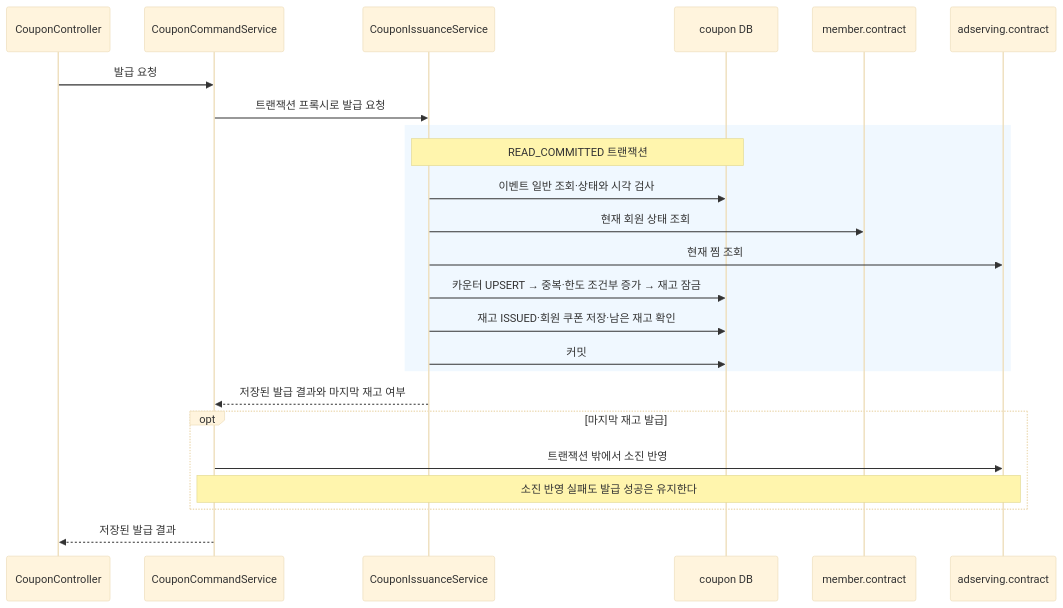
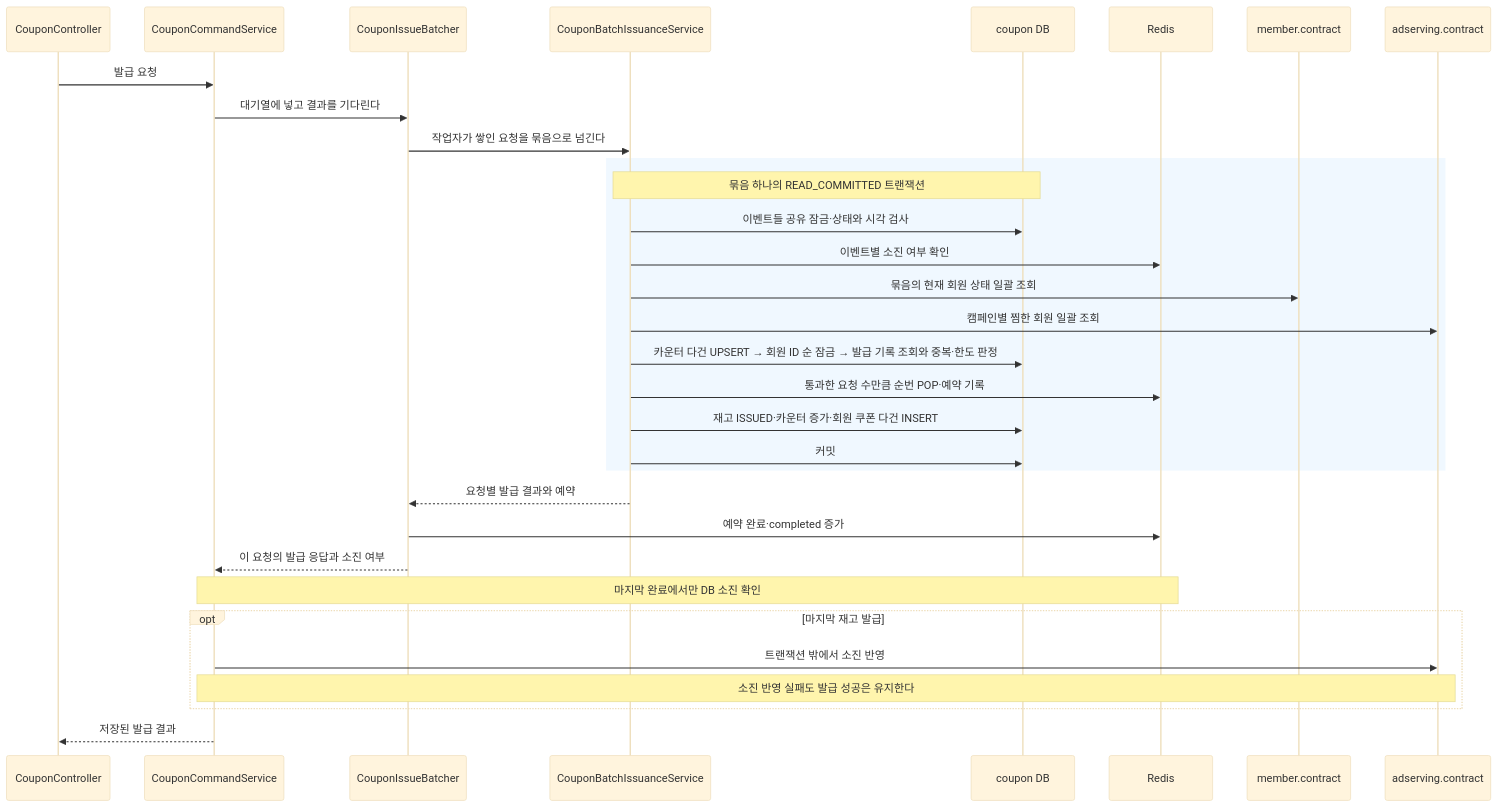
One commit to lunch-catch/lc-backend changed the fifth of 6 diagrams in docs/design/coupon/coupon_구조와_동작_설계.md. Above: the diagram before and after it, drawn with Mermaid (base theme). The commit also changed other lines of this file and 9 other files, not shown here.

````diff
--- a/docs/design/coupon/coupon_구조와_동작_설계.md
+++ b/docs/design/coupon/coupon_구조와_동작_설계.md
@@ -277,26 +293,34 @@
 ```mermaid
 sequenceDiagram
     participant C as CouponController
     participant S as CouponCommandService
-    participant I as CouponIssuanceService
+    participant Q as CouponIssueBatcher
+    participant I as CouponBatchIssuanceService
     participant D as coupon DB
+    participant R as Redis
     participant M as member.contract
     participant A as adserving.contract
     C->>S: 발급 요청
-    S->>I: 트랜잭션 프록시로 발급 요청
+    S->>Q: 대기열에 넣고 결과를 기다린다
+    Q->>I: 작업자가 쌓인 요청을 묶음으로 넘긴다
     rect rgb(240, 248, 255)
-        Note over I,D: READ_COMMITTED 트랜잭션
-        I->>D: 이벤트 일반 조회·상태와 시각 검사
-        I->>M: 현재 회원 상태 조회
-        I->>A: 현재 찜 조회
-        I->>D: 카운터 UPSERT → 중복·한도 조건부 증가 → 재고 잠금
-        I->>D: 재고 ISSUED·회원 쿠폰 저장·남은 재고 확인
+        Note over I,D: 묶음 하나의 READ_COMMITTED 트랜잭션
+        I->>D: 이벤트들 공유 잠금·상태와 시각 검사
+        I->>R: 이벤트별 소진 여부 확인
+        I->>M: 묶음의 현재 회원 상태 일괄 조회
+        I->>A: 캠페인별 찜한 회원 일괄 조회
+        I->>D: 카운터 다건 UPSERT → 회원 ID 순 잠금 → 발급 기록 조회와 중복·한도 판정
+        I->>R: 통과한 요청 수만큼 순번 POP·예약 기록
+        I->>D: 재고 ISSUED·카운터 증가·회원 쿠폰 다건 INSERT
         I->>D: 커밋
     end
-    I-->>S: 저장된 발급 결과와 마지막 재고 여부
+    I-->>Q: 요청별 발급 결과와 예약
+    Q->>R: 예약 완료·completed 증가
+    Q-->>S: 이 요청의 발급 응답과 소진 여부
+    Note over S,R: 마지막 완료에서만 DB 소진 확인
     opt 마지막 재고 발급
         S->>A: 트랜잭션 밖에서 소진 반영
         Note over S,A: 소진 반영 실패도 발급 성공은 유지한다
     end
     S-->>C: 저장된 발급 결과
 ```
````
